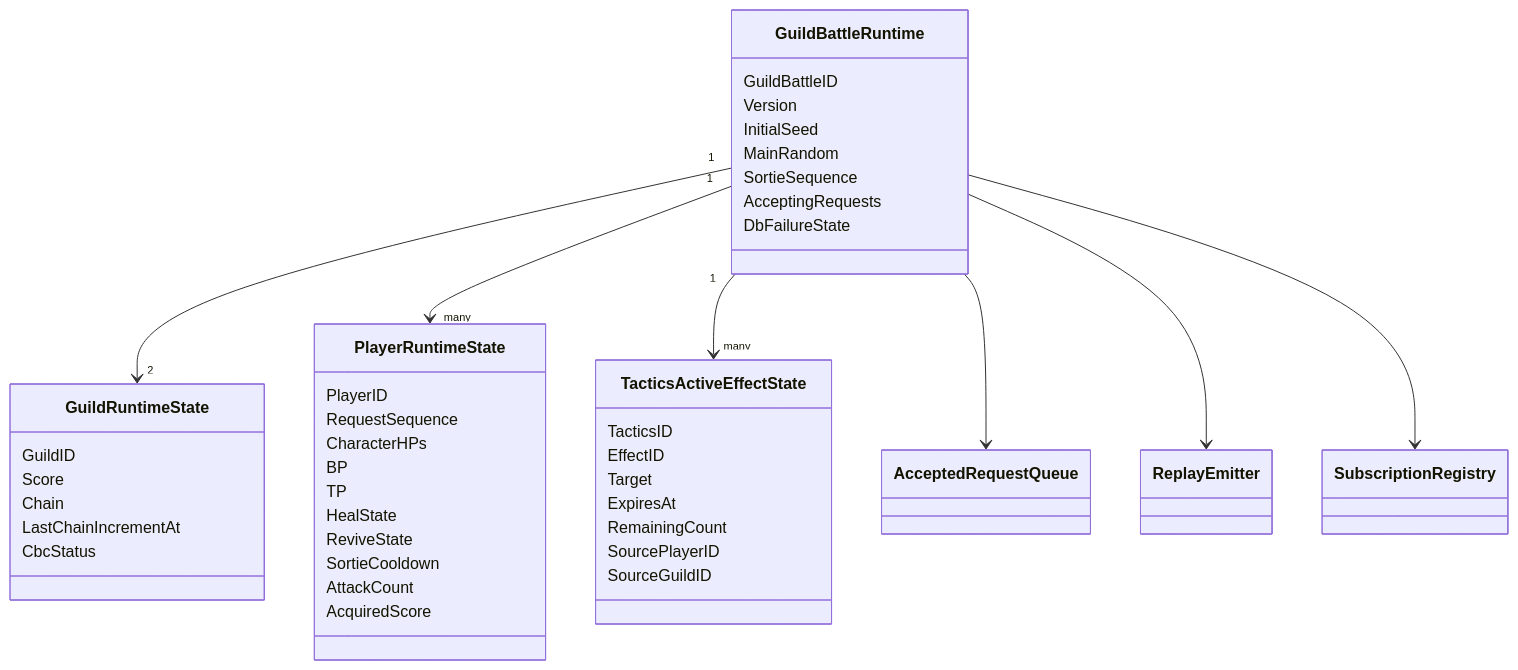
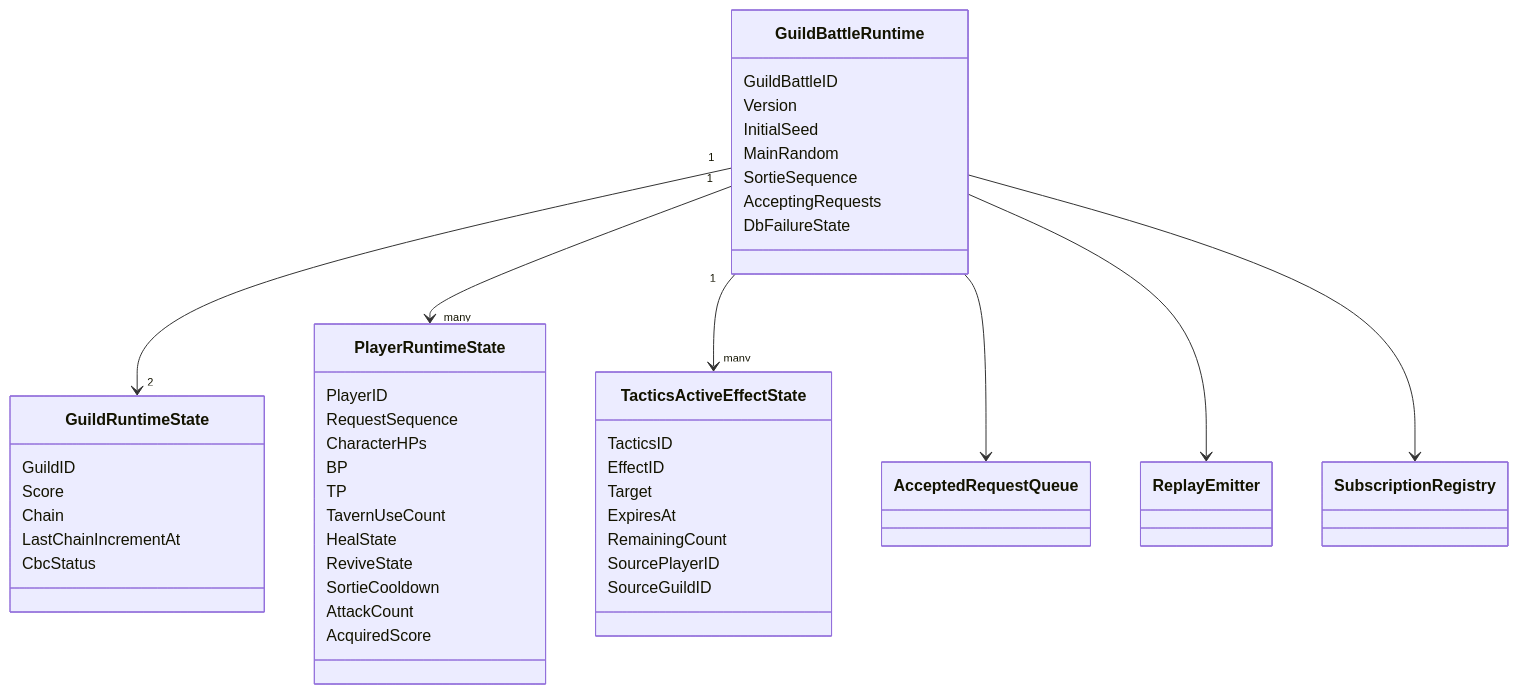
One commit to ReHydrangeaOdyssey/Specifications changed the first of 5 diagrams in design/programming/server/guild_battle_runtime.md. Above: the diagram before and after it, drawn with Mermaid. The commit also changed other lines of this file and 21 other files, not shown here.

````diff
--- a/design/programming/server/guild_battle_runtime.md
+++ b/design/programming/server/guild_battle_runtime.md
@@ -11,49 +11,50 @@
 ```mermaid
 classDiagram
     class GuildBattleRuntime {
         GuildBattleID
         Version
         InitialSeed
         MainRandom
         SortieSequence
         AcceptingRequests
         DbFailureState
     }
     class GuildRuntimeState {
         GuildID
         Score
         Chain
         LastChainIncrementAt
         CbcStatus
     }
     class PlayerRuntimeState {
         PlayerID
         RequestSequence
         CharacterHPs
         BP
         TP
+        TavernUseCount
         HealState
         ReviveState
         SortieCooldown
         AttackCount
         AcquiredScore
     }
     class TacticsActiveEffectState {
         TacticsID
         EffectID
         Target
         ExpiresAt
         RemainingCount
         SourcePlayerID
         SourceGuildID
     }
     class AcceptedRequestQueue
     class ReplayEmitter
     class SubscriptionRegistry
     GuildBattleRuntime "1" --> "2" GuildRuntimeState
     GuildBattleRuntime "1" --> "many" PlayerRuntimeState
     GuildBattleRuntime "1" --> "many" TacticsActiveEffectState
     GuildBattleRuntime --> AcceptedRequestQueue
     GuildBattleRuntime --> ReplayEmitter
     GuildBattleRuntime --> SubscriptionRegistry
 ```
````
